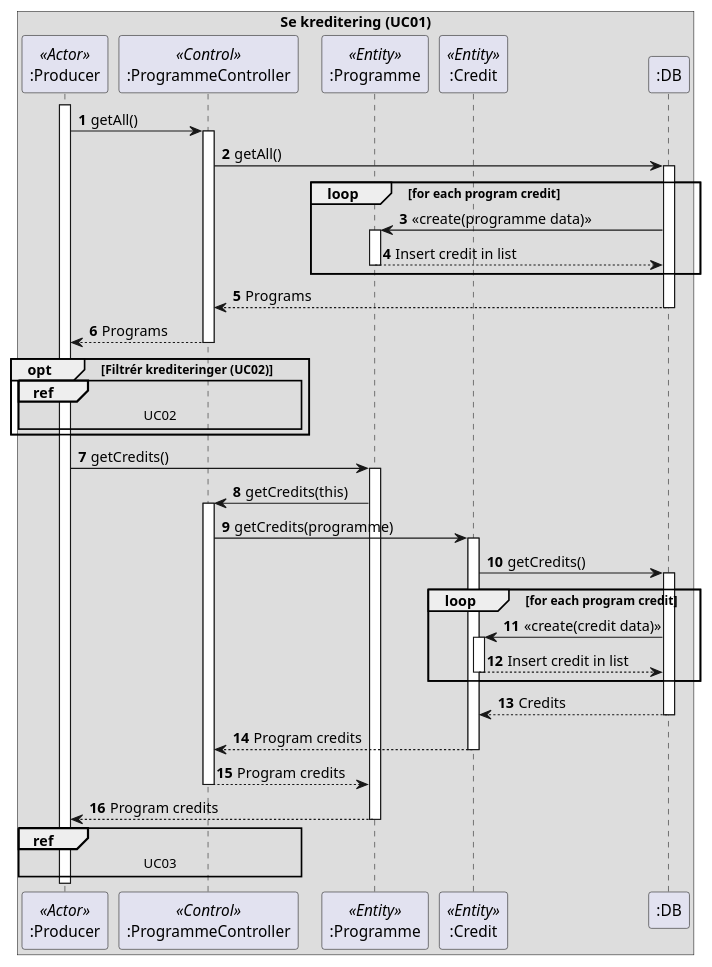
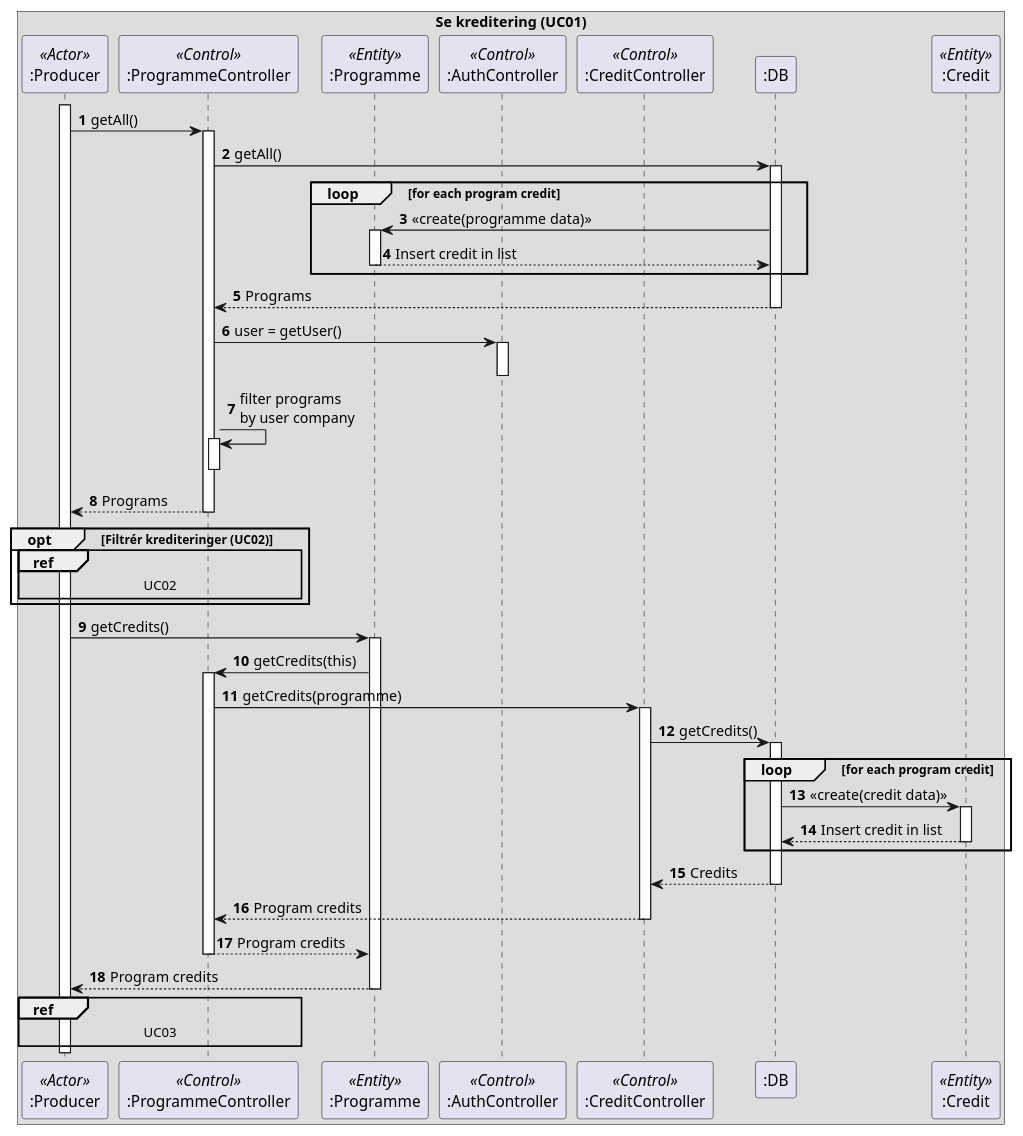
One commit to amatzen/SE02-SE-G02-SPRO changed the diagram in uml/sequence_diagrams/operation/UC01_show_credit.puml. Above: the diagram before and after it, drawn with PlantUML. The commit also changed 2 other files, not shown here.

Commit message:
Updated diagrams

```diff
--- a/uml/sequence_diagrams/operation/UC01_show_credit.puml
+++ b/uml/sequence_diagrams/operation/UC01_show_credit.puml
@@ -1,67 +1,78 @@
 @startuml
 'https://plantuml.com/sequence-diagram
 
 autonumber
 
 box Se kreditering (UC01)
     participant ":Producer" as producer <<Actor>>
     participant ":ProgrammeController" as programController <<Control>>
     participant ":Programme" as program <<Entity>>
+    participant ":AuthController" as authController <<Control>>
+    participant ":CreditController" as creditController <<Control>>
+    participant ":DB" as db
     participant ":Credit" as credit <<Entity>>
-    participant ":DB" as db
 end box
 
 activate producer
 producer -> programController : getAll()
 activate programController
 programController -> db : getAll()
 activate db
 
 loop for each program credit
 db -> program : <<create(programme data)>>
 activate program
 db <-- program : Insert credit in list
 deactivate program
 end
 
 programController <-- db : Programs
 deactivate db
+
+programController -> authController : user = getUser()
+activate authController
+deactivate authController
+
+programController -> programController : filter programs\nby user company
+activate programController
+deactivate programController
+
 producer <-- programController : Programs
 deactivate programController
 
 opt Filtrér krediteringer (UC02)
     ref over producer, programController : UC02
 end
 
 producer -> program: getCredits()
 activate program
 program -> programController : getCredits(this)
 activate programController
-programController -> credit : getCredits(programme)
-activate credit
+programController -> creditController : getCredits(programme)
+activate creditController
 
-credit -> db : getCredits()
+creditController -> db : getCredits()
 activate db
 
 loop for each program credit
 db -> credit : <<create(credit data)>>
 activate credit
 db <-- credit : Insert credit in list
 deactivate credit
 end
 
-credit <-- db : Credits
+creditController <-- db : Credits
 deactivate db
 
-programController <-- credit : Program credits
-deactivate credit
+programController <-- creditController : Program credits
+deactivate creditController
 program <-- programController : Program credits
 deactivate programController
 producer <-- program : Program credits
 
 deactivate program
 deactivate programController
 
 ref over producer, programController : UC03
 
 @enduml
```
